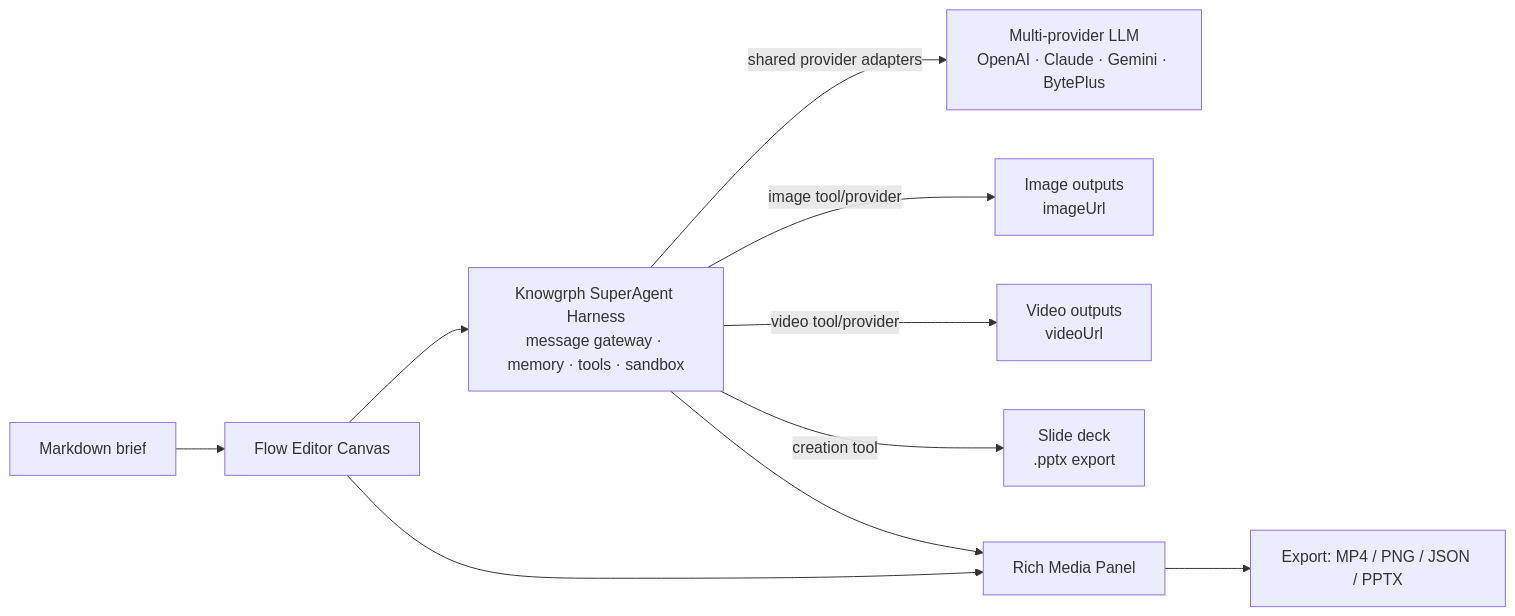
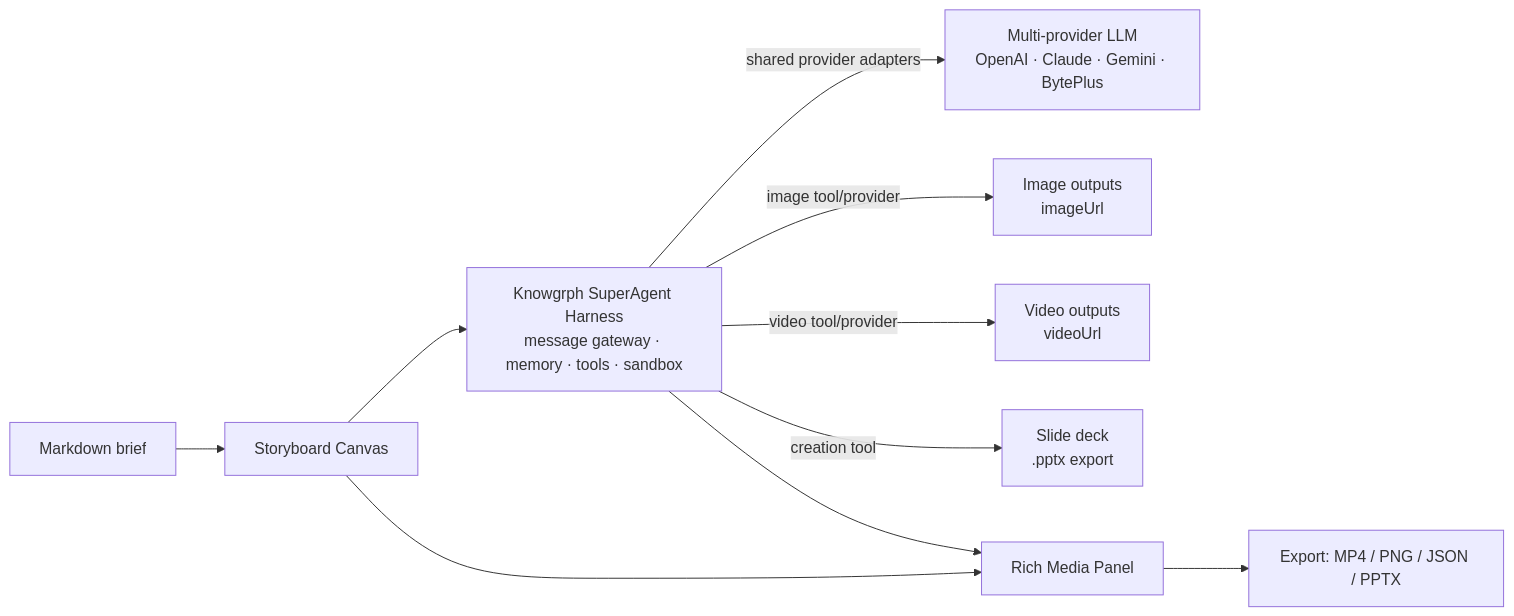
Before and after one commit to huijoohwee/huijoohwee: the second of 2 diagrams in docs/knowgrph-rich-media-canvas-readme.md, drawn with Mermaid. The commit also changed other lines of this file and 652 other files, not shown here.

````diff
--- a/docs/knowgrph-rich-media-canvas-readme.md
+++ b/docs/knowgrph-rich-media-canvas-readme.md
@@ -1243,12 +1245,12 @@
 ```mermaid
 flowchart LR
-  MD[Markdown brief] --> FC[Flow Editor Canvas]
+  MD[Markdown brief] --> FC[Storyboard Canvas]
   FC --> SA["Knowgrph SuperAgent Harness\nmessage gateway · memory · tools · sandbox"]
   SA -->|"shared provider adapters"| LLM["Multi-provider LLM\nOpenAI · Claude · Gemini · BytePlus"]
   SA -->|"image tool/provider"| IMG["Image outputs\nimageUrl"]
   SA -->|"video tool/provider"| VID["Video outputs\nvideoUrl"]
   SA -->|"creation tool"| PPT["Slide deck\n.pptx export"]
   SA --> RMP[Rich Media Panel]
   FC --> RMP
   RMP --> EXP["Export: MP4 / PNG / JSON / PPTX"]
 ```
````
